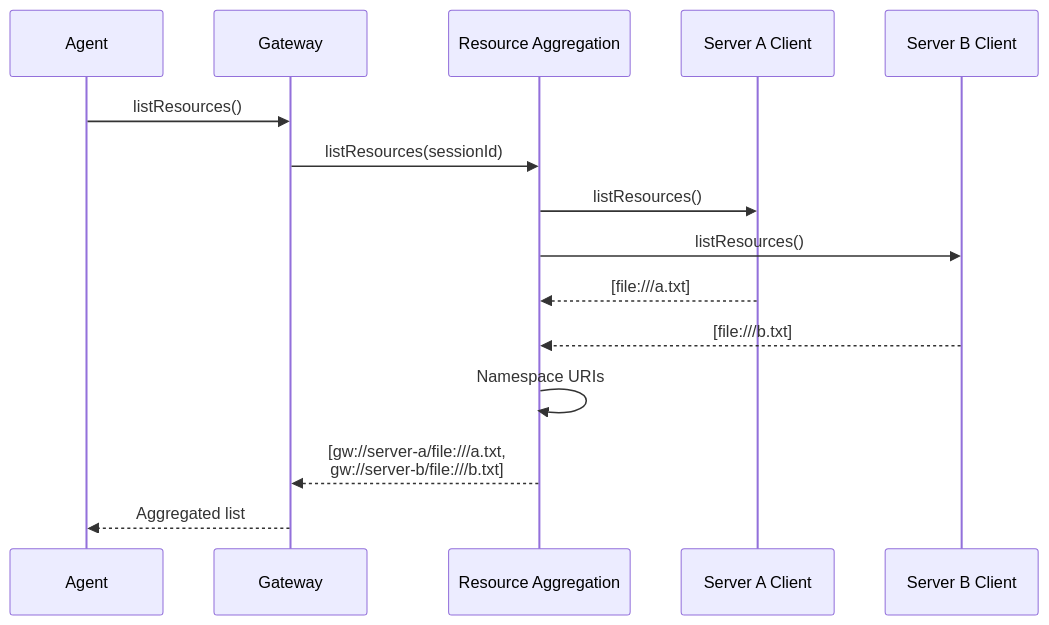
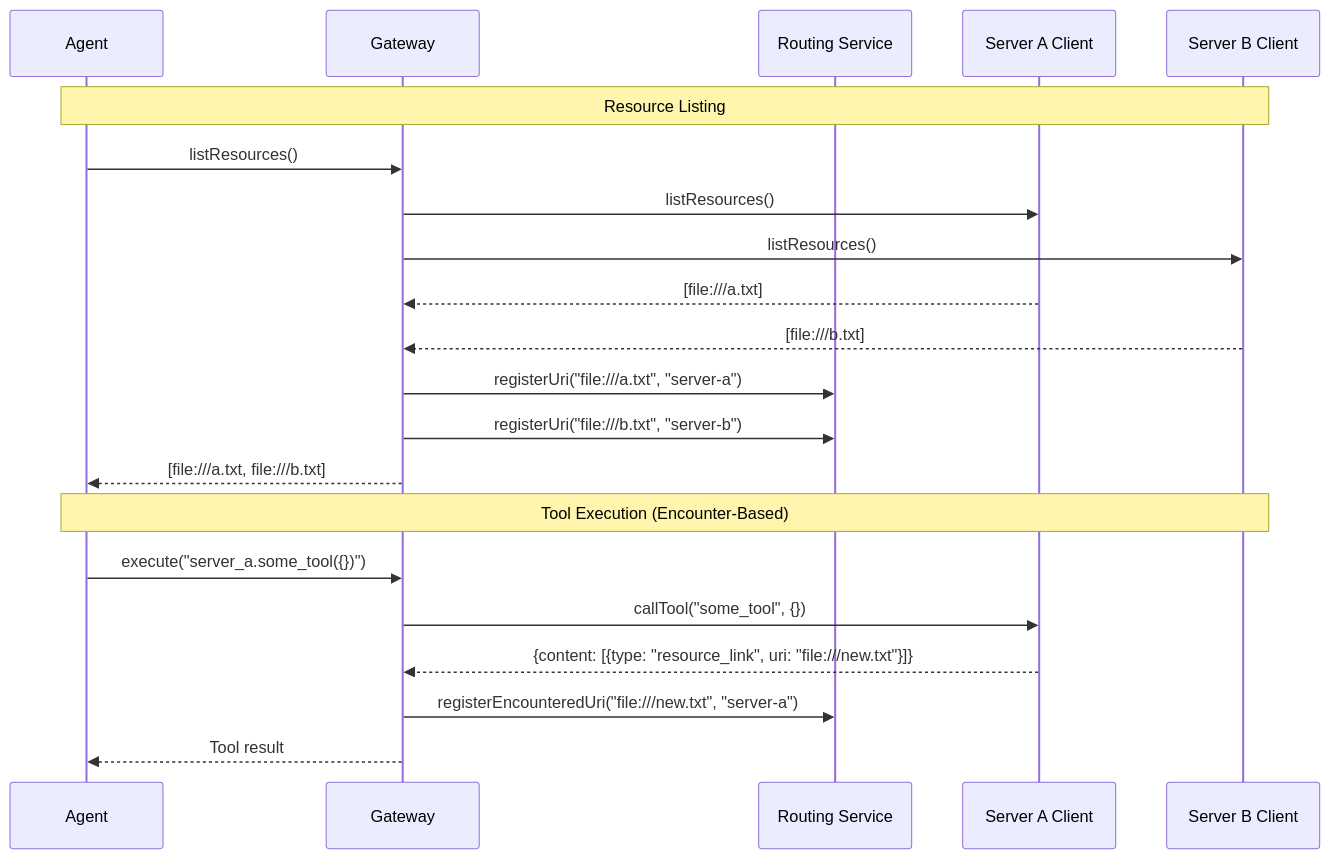
Before and after one commit to karashiiro/my-cool-proxy: the third of 5 diagrams in docs/design/resource-namespacing.md, drawn with Mermaid. The commit also changed other lines of this file and 8 other files, not shown here.

````diff
--- a/docs/design/resource-namespacing.md
+++ b/docs/design/resource-namespacing.md
@@ -118,18 +82,25 @@
 ```mermaid
 sequenceDiagram
     participant Agent
     participant Gateway
-    participant Service as Resource Aggregation
+    participant Routing as Routing Service
     participant ClientA as Server A Client
     participant ClientB as Server B Client
 
+    Note over Agent,ClientB: Resource Listing
     Agent->>Gateway: listResources()
-    Gateway->>Service: listResources(sessionId)
-    Service->>ClientA: listResources()
-    Service->>ClientB: listResources()
-    ClientA-->>Service: [file:///a.txt]
-    ClientB-->>Service: [file:///b.txt]
-    Service->>Service: Namespace URIs
-    Service-->>Gateway: [gw://server-a/file:///a.txt,<br/>gw://server-b/file:///b.txt]
-    Gateway-->>Agent: Aggregated list
+    Gateway->>ClientA: listResources()
+    Gateway->>ClientB: listResources()
+    ClientA-->>Gateway: [file:///a.txt]
+    ClientB-->>Gateway: [file:///b.txt]
+    Gateway->>Routing: registerUri("file:///a.txt", "server-a")
+    Gateway->>Routing: registerUri("file:///b.txt", "server-b")
+    Gateway-->>Agent: [file:///a.txt, file:///b.txt]
+
+    Note over Agent,ClientB: Tool Execution (Encounter-Based)
+    Agent->>Gateway: execute("server_a.some_tool({})")
+    Gateway->>ClientA: callTool("some_tool", {})
+    ClientA-->>Gateway: {content: [{type: "resource_link", uri: "file:///new.txt"}]}
+    Gateway->>Routing: registerEncounteredUri("file:///new.txt", "server-a")
+    Gateway-->>Agent: Tool result
 ```
````
